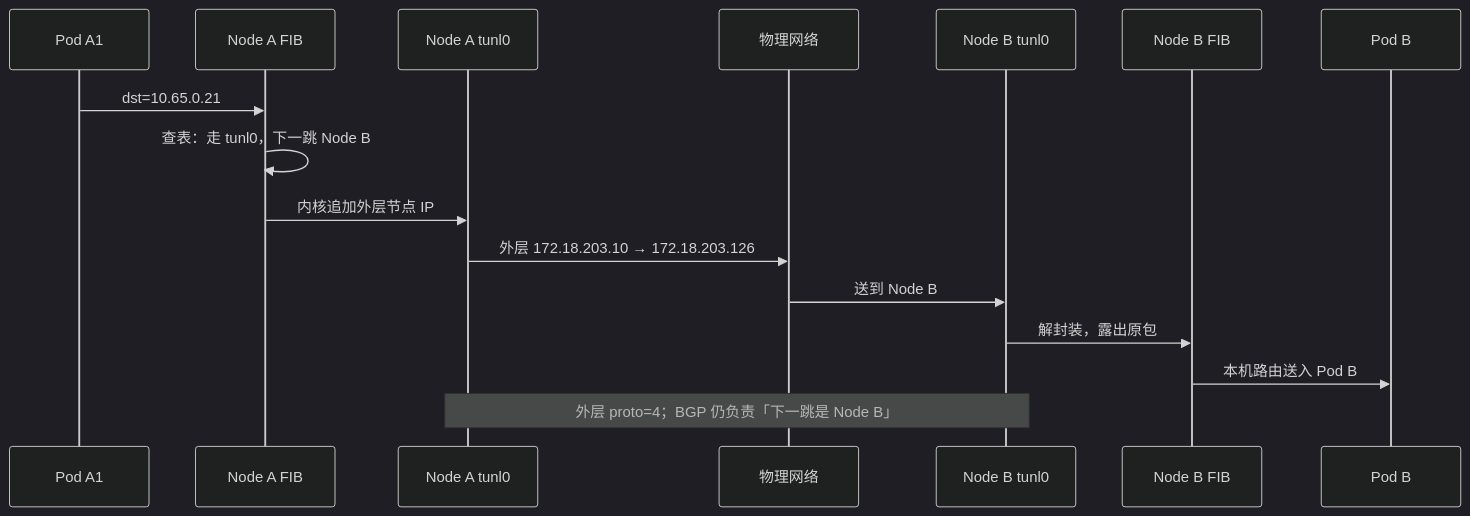
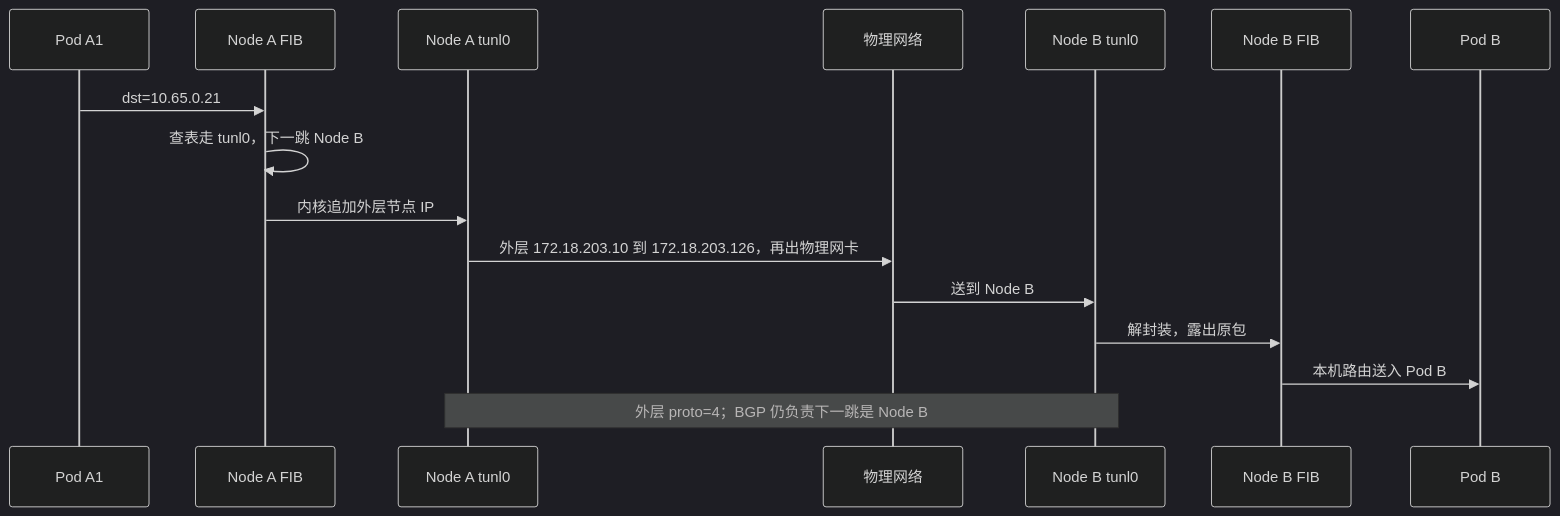
One commit to xiaxinyu/knowledge_base changed the seventh of 8 diagrams in 20-architecture/24-calico-networking-treatise.md. Above: the diagram before and after it, drawn with Mermaid (dark theme). The commit also changed other lines of this file and 2 other files, not shown here.

````diff
--- a/20-architecture/24-calico-networking-treatise.md
+++ b/20-architecture/24-calico-networking-treatise.md
@@ -325,19 +447,19 @@
 ```mermaid
 sequenceDiagram
   participant A1 as Pod A1
   participant NA as Node A FIB
   participant T0 as Node A tunl0
   participant W as 物理网络
   participant T1 as Node B tunl0
   participant NB as Node B FIB
   participant B as Pod B
 
   A1->>NA: dst=10.65.0.21
-  NA->>NA: 查表：走 tunl0，下一跳 Node B
+  NA->>NA: 查表走 tunl0，下一跳 Node B
   NA->>T0: 内核追加外层节点 IP
-  T0->>W: 外层 172.18.203.10 → 172.18.203.126
+  T0->>W: 外层 172.18.203.10 到 172.18.203.126，再出物理网卡
   W->>T1: 送到 Node B
   T1->>NB: 解封装，露出原包
   NB->>B: 本机路由送入 Pod B
-  Note over T0,T1: 外层 proto=4；BGP 仍负责「下一跳是 Node B」
+  Note over T0,T1: 外层 proto=4；BGP 仍负责下一跳是 Node B
 ```
````
